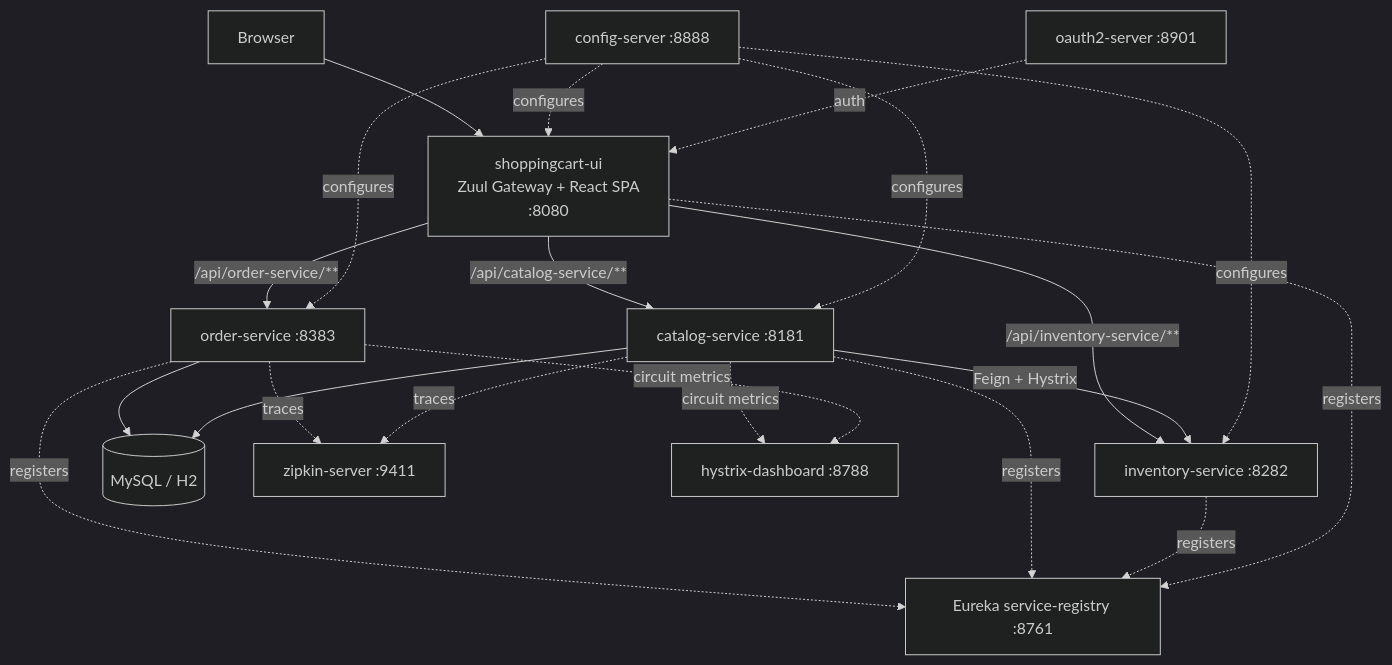
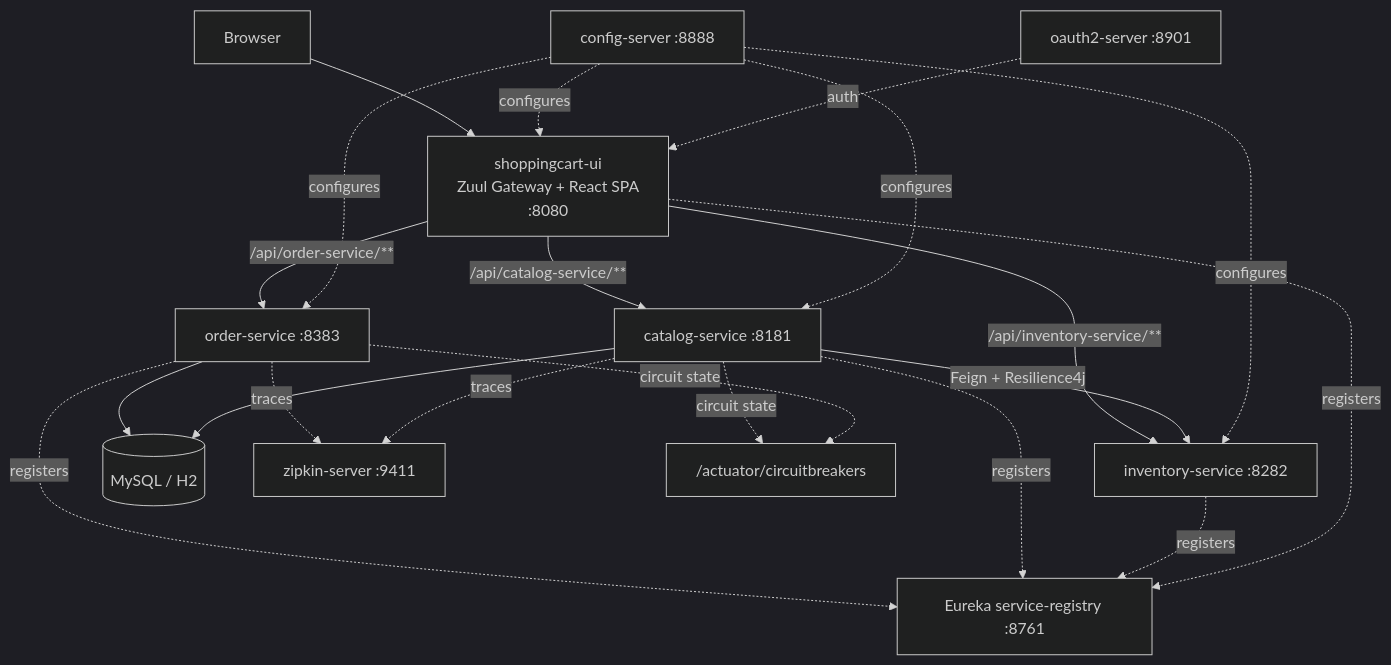
The first of 2 diagrams in README.md (tanmaymish/doms-order-service), drawn with Mermaid (dark theme) before and after one commit. The commit also changed other lines of this file and 52 other files, not shown here.

````diff
--- a/README.md
+++ b/README.md
@@ -58,30 +59,30 @@
 ```mermaid
 graph TD
     Client[Browser] --> UI["shoppingcart-ui<br/>Zuul Gateway + React SPA<br/>:8080"]
 
     UI -->|/api/order-service/**| Orders[order-service :8383]
     UI -->|/api/catalog-service/**| Catalog[catalog-service :8181]
     UI -->|/api/inventory-service/**| Inventory[inventory-service :8282]
 
     Orders --> DB[(MySQL / H2)]
-    Catalog -->|Feign + Hystrix| Inventory
+    Catalog -->|Feign + Resilience4j| Inventory
     Catalog --> DB
 
     Orders -.registers.-> Registry[Eureka service-registry :8761]
     Catalog -.registers.-> Registry
     Inventory -.registers.-> Registry
     UI -.registers.-> Registry
 
     Config[config-server :8888] -.configures.-> Orders
     Config -.configures.-> Catalog
     Config -.configures.-> Inventory
     Config -.configures.-> UI
 
     Orders -.traces.-> Zipkin[zipkin-server :9411]
     Catalog -.traces.-> Zipkin
 
-    Catalog -.circuit metrics.-> Hystrix[hystrix-dashboard :8788]
-    Orders -.circuit metrics.-> Hystrix
+    Catalog -.circuit state.-> Actuator["/actuator/circuitbreakers"]
+    Orders -.circuit state.-> Actuator
 
     OAuth[oauth2-server :8901] -.auth.-> UI
 ```
````
